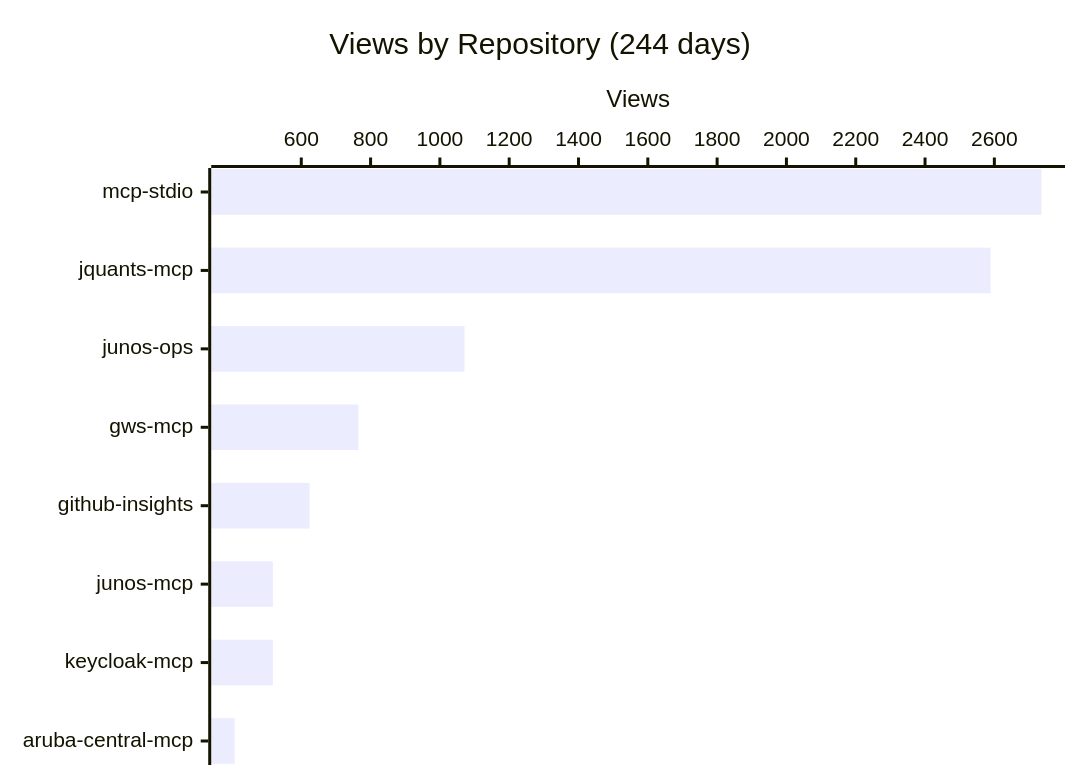
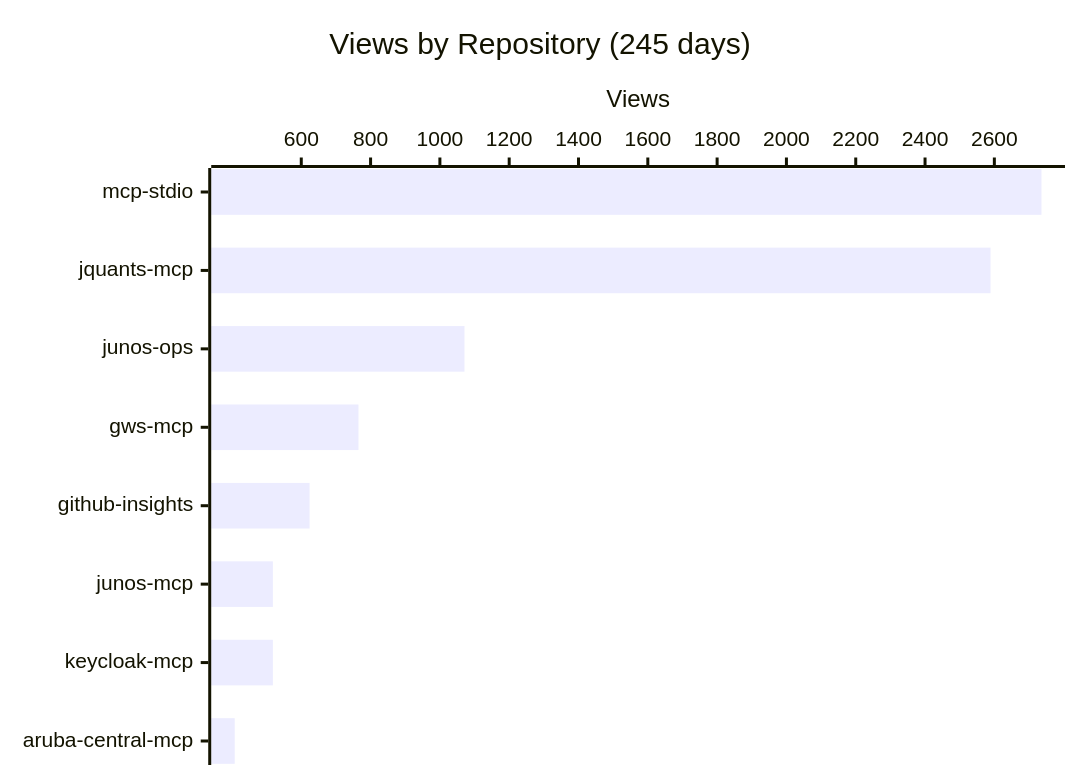
Before and after one commit to shigechika/github-insights: the first of 4 diagrams in README.md, drawn with Mermaid. The commit also changed other lines of this file and 1 other file, not shown here.

````diff
--- a/README.md
+++ b/README.md
@@ -18,7 +18,7 @@
 ```mermaid
 xychart-beta horizontal
-    title "Views by Repository (244 days)"
+    title "Views by Repository (245 days)"
     x-axis ["mcp-stdio", "jquants-mcp", "junos-ops", "gws-mcp", "github-insights", "junos-mcp", "keycloak-mcp", "aruba-central-mcp"]
     y-axis "Views"
     bar [2736, 2589, 1071, 765, 624, 518, 518, 408]
 ```
````
